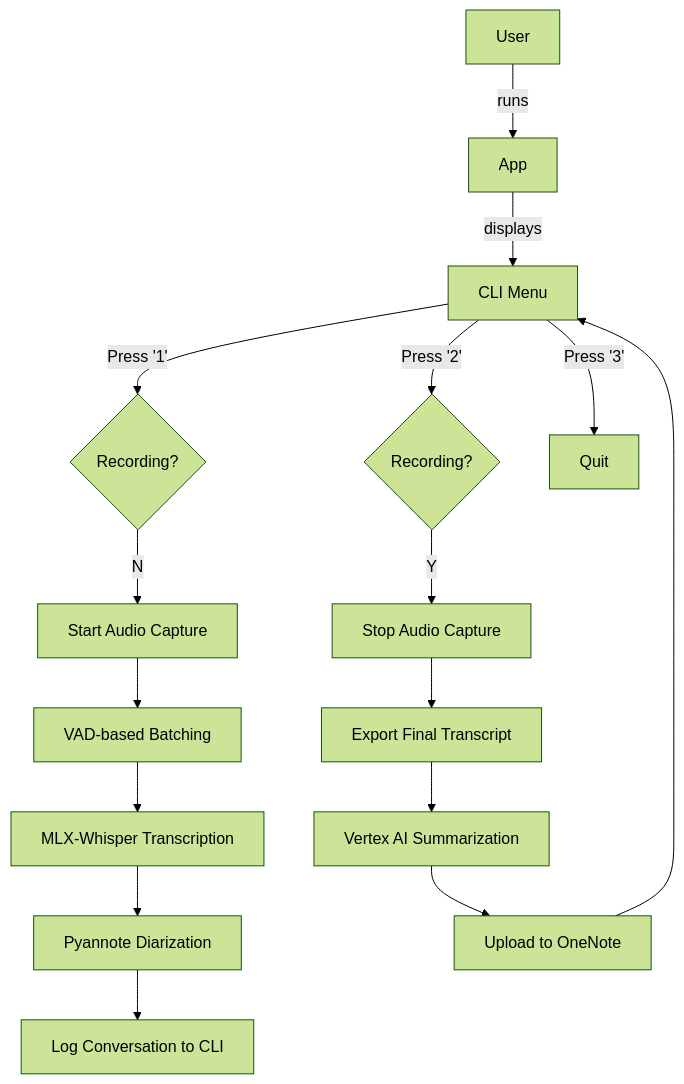
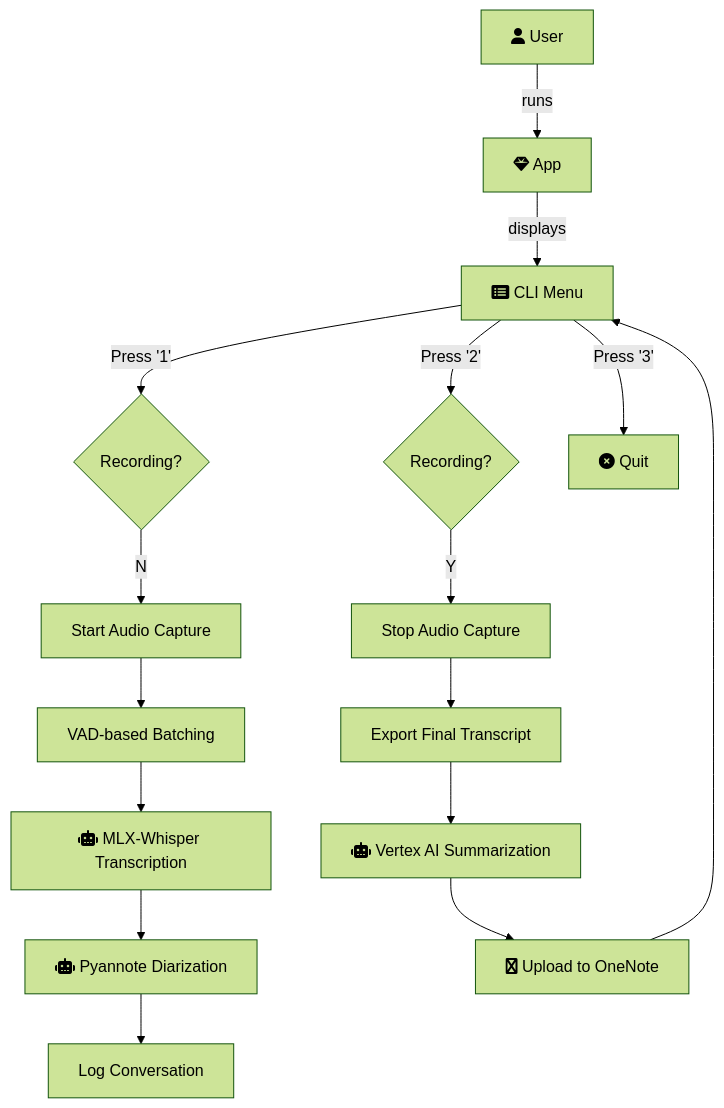
One commit to choonchernlim/you-talk-too-much-app changed the first of 2 diagrams in README.md. Above: the diagram before and after it, drawn with Mermaid (forest theme). The commit also changed other lines of this file and 1 other file, not shown here.

Commit message:
feat: enhance README with detailed flowcharts and usage instructions

````diff
--- a/README.md
+++ b/README.md
@@ -26,21 +26,36 @@
 ```mermaid
 flowchart TD
-    A[User] -- runs --> APP[App]
-    APP -- displays --> MENU[CLI Menu]
+   A[fa:fa-user User]
+   APP[fa:fa-gem App]
+   MENU[fa:fa-rectangle-list CLI Menu]
 
-    MENU -- Press '1' --> DEC1{Recording?}
-    DEC1 -- N --> 1A[Start Audio Capture]
-    1A --> 1B[VAD-based Batching]
-    1B --> 1C[MLX-Whisper Transcription]
-    1C --> 1D[Pyannote Diarization]
-    1D --> 1E[Log Conversation to CLI]
+   STEP1A[Start Audio Capture]
+   STEP1B[VAD-based Batching]
+   STEP1C[fa:fa-robot MLX-Whisper Transcription]
+   STEP1D[fa:fa-robot Pyannote Diarization]
+   STEP1E[Log Conversation]
 
-    MENU -- Press '2' --> DEC2{Recording?}
-    DEC2 -- Y --> 2A[Stop Audio Capture]
-    2A --> 2B[Export Final Transcript]
-    2B --> 2C[Vertex AI Summarization]
-    2C --> 2D[Upload to OneNote]
-    2D --> MENU
+   STEP2A[Stop Audio Capture]
+   STEP2B[Export Final Transcript]
+   STEP2C[fa:fa-robot Vertex AI Summarization]
+   STEP2D[fa:fa-microsoft Upload to OneNote]
 
-    MENU -- Press '3' --> 3A[Quit]
+   A -- runs --> APP
+   APP -- displays --> MENU
+
+   MENU -- Press '1' --> DEC1{Recording?}
+   DEC1 -- N --> STEP1A
+   STEP1A --> STEP1B
+   STEP1B --> STEP1C
+   STEP1C --> STEP1D
+   STEP1D --> STEP1E
+
+   MENU -- Press '2' --> DEC2{Recording?}
+   DEC2 -- Y --> STEP2A
+   STEP2A --> STEP2B
+   STEP2B --> STEP2C
+   STEP2C --> STEP2D
+   STEP2D --> MENU
+
+   MENU -- Press '3' --> STEP3A[fa:fa-circle-xmark Quit]
 ```
````
